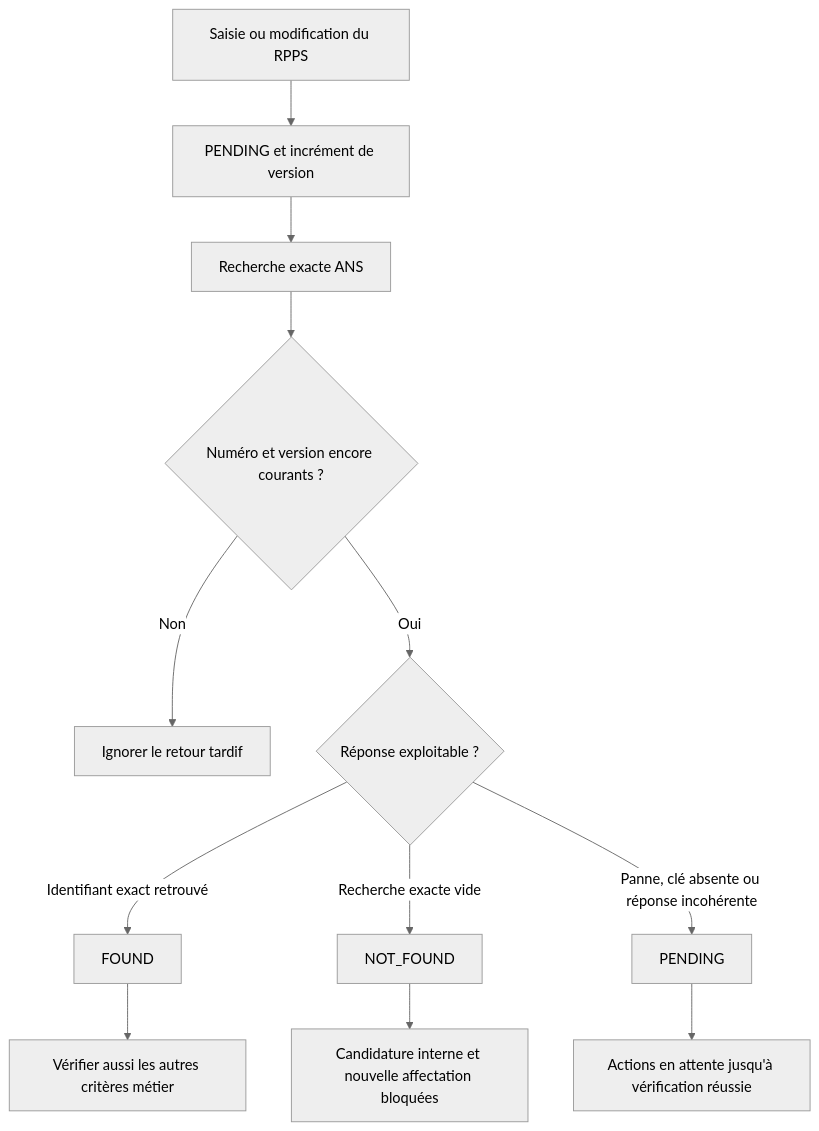
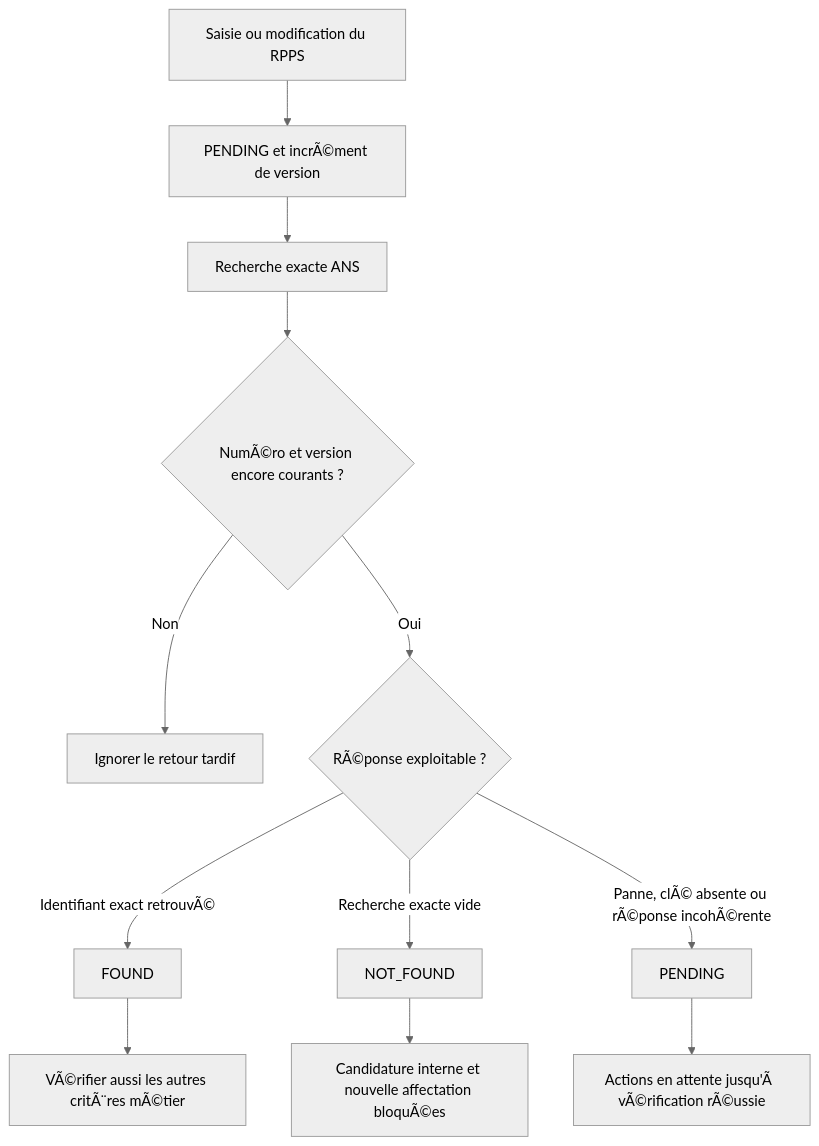
Before and after one commit to lebretyves/Backend_Interimatch: the second of 8 diagrams in docs/FLUX_V1.md, drawn with Mermaid (neutral theme). The commit also changed other lines of this file and 30 other files, not shown here.

````diff
--- a/docs/FLUX_V1.md
+++ b/docs/FLUX_V1.md
@@ -30,14 +30,14 @@
 ```mermaid
 flowchart TD
-    input["Saisie ou modification du RPPS"] --> pending["PENDING et incrément de version"]
+    input["Saisie ou modification du RPPS"] --> pending["PENDING et incrÃ©ment de version"]
     pending --> request["Recherche exacte ANS"]
-    request --> current{"Numéro et version encore courants ?"}
+    request --> current{"NumÃ©ro et version encore courants ?"}
     current -->|"Non"| ignored["Ignorer le retour tardif"]
-    current -->|"Oui"| result{"Réponse exploitable ?"}
-    result -->|"Identifiant exact retrouvé"| found["FOUND"]
+    current -->|"Oui"| result{"RÃ©ponse exploitable ?"}
+    result -->|"Identifiant exact retrouvÃ©"| found["FOUND"]
     result -->|"Recherche exacte vide"| missing["NOT_FOUND"]
-    result -->|"Panne, clé absente ou réponse incohérente"| waiting["PENDING"]
-    found --> rules["Vérifier aussi les autres critères métier"]
-    missing --> blocked["Candidature interne et nouvelle affectation bloquées"]
-    waiting --> hold["Actions en attente jusqu'à vérification réussie"]
+    result -->|"Panne, clÃ© absente ou rÃ©ponse incohÃ©rente"| waiting["PENDING"]
+    found --> rules["VÃ©rifier aussi les autres critÃ¨res mÃ©tier"]
+    missing --> blocked["Candidature interne et nouvelle affectation bloquÃ©es"]
+    waiting --> hold["Actions en attente jusqu'Ã  vÃ©rification rÃ©ussie"]
 ```
````
